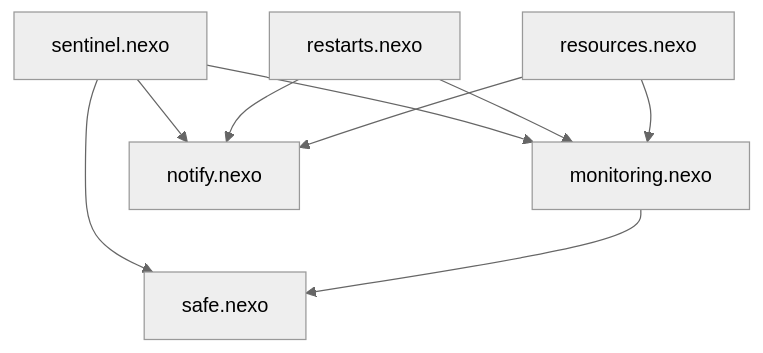
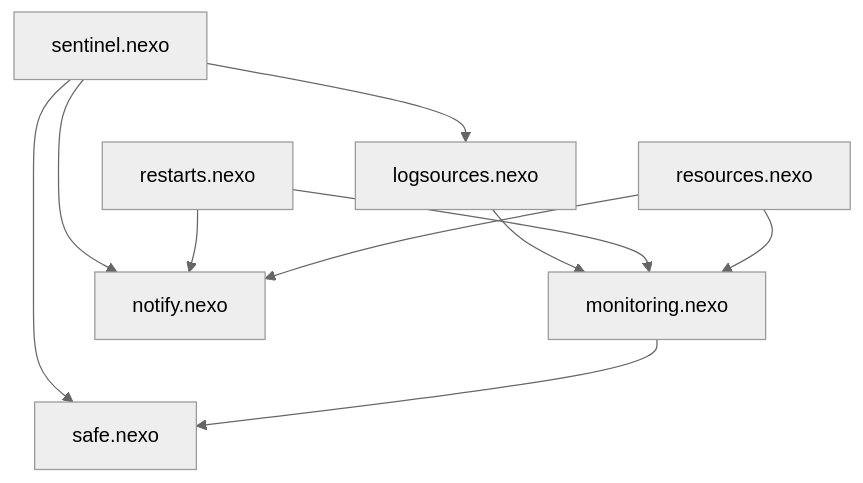
Before and after one commit to marcrabadan/nexo: the second of 3 diagrams in examples/sentinel/ARCHITECTURE.md, drawn with Mermaid (neutral theme). The commit also changed other lines of this file and 9 other files, not shown here.

````diff
--- a/examples/sentinel/ARCHITECTURE.md
+++ b/examples/sentinel/ARCHITECTURE.md
@@ -39,11 +40,12 @@
 ```mermaid
 flowchart TD
     sentinel.nexo --> safe.nexo
-    sentinel.nexo --> monitoring.nexo
+    sentinel.nexo --> logsources.nexo
+    logsources.nexo --> monitoring.nexo
     sentinel.nexo --> notify.nexo
     restarts.nexo --> notify.nexo
     resources.nexo --> notify.nexo
     restarts.nexo --> monitoring.nexo
     resources.nexo --> monitoring.nexo
     monitoring.nexo --> safe.nexo
 ```
````
